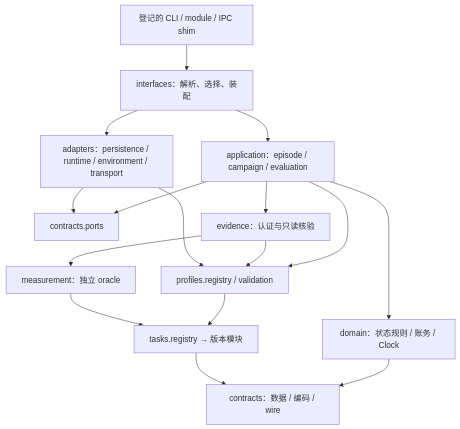
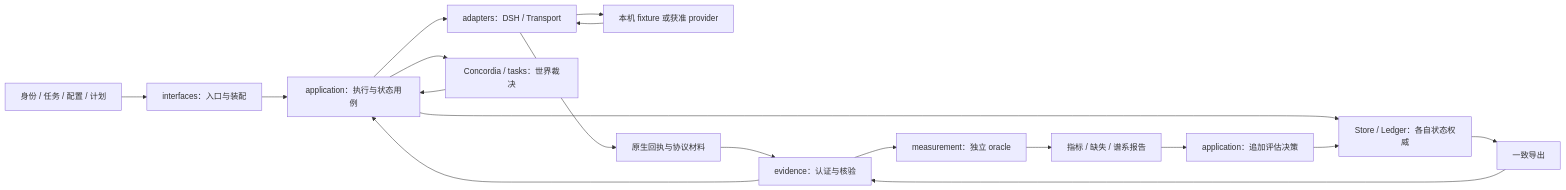
One commit to ChaunceyKung/Actio-RSI-infra changed the diagram in docs/architecture/README.md. Above: the diagram before and after it, drawn with Mermaid. The commit also changed other lines of this file and 5 other files, not shown here.

Commit message:
docs: clarify architecture and plan directory refactor

````diff
--- a/docs/architecture/README.md
+++ b/docs/architecture/README.md
@@ -5,18 +18,20 @@
 ```mermaid
-flowchart TD
-    Shim[登记的 CLI / module / IPC shim] --> Interfaces[interfaces：解析、选择、装配]
-    Interfaces --> Application[application：episode / campaign / evaluation]
-    Interfaces --> Adapters[adapters：persistence / runtime / environment / transport]
-    Application --> Ports[contracts.ports]
-    Application --> Evidence[evidence：认证与只读核验]
-    Application --> Profiles[profiles.registry / validation]
-    Application --> Domain[domain：状态规则 / 账务 / Clock]
-    Evidence --> Profiles
-    Profiles --> Tasks[tasks.registry → 版本模块]
-    Evidence --> Measurement[measurement：独立 oracle]
-    Measurement --> Tasks
-    Adapters --> Ports
-    Adapters --> Profiles
-    Domain --> Contracts[contracts：数据 / 编码 / wire]
-    Tasks --> Contracts
+flowchart LR
+    In[身份 / 任务 / 配置 / 计划] --> Entry[interfaces：入口与装配]
+    Entry --> App[application：执行与状态用例]
+    App --> Runtime[adapters：DSH / Transport]
+    Runtime --> Endpoint[本机 fixture 或获准 provider]
+    Endpoint --> Runtime
+    Runtime --> Raw[原生回执与协议材料]
+    Raw --> Check[evidence：认证与核验]
+    Check --> App
+    App --> Env[Concordia / tasks：世界裁决]
+    Env --> App
+    App --> State[Store / Ledger：各自状态权威]
+    State --> Export[一致导出]
+    Export --> Check
+    Check --> Metrics[measurement：独立 oracle]
+    Metrics --> Report[指标 / 缺失 / 谱系报告]
+    Report --> Decision[application：追加评估决策]
+    Decision --> State
 ```
````
